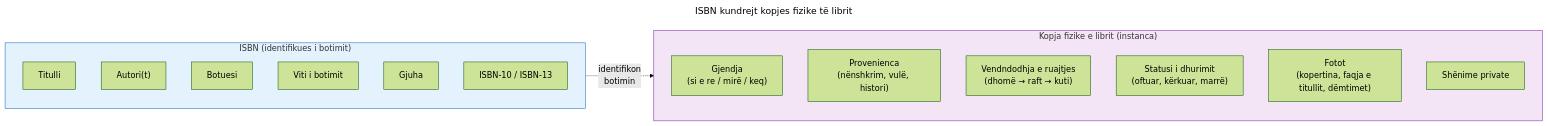
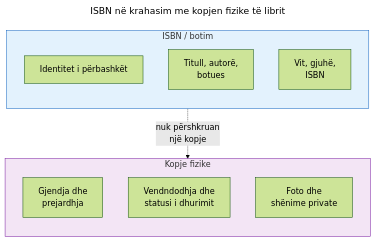
The diagram in docs/diagrams/blog/isbn-not-a-database/sq/isbn-vs-physical-book.mmd (mihafreenode/let-books), drawn with Mermaid (forest theme) before and after one commit. The commit also changed 430 other files, not shown here.

```diff
--- a/docs/diagrams/blog/isbn-not-a-database/sq/isbn-vs-physical-book.mmd
+++ b/docs/diagrams/blog/isbn-not-a-database/sq/isbn-vs-physical-book.mmd
@@ -1,28 +1,22 @@
 ---
-title: ISBN kundrejt kopjes fizike të librit
+title: ISBN në krahasim me kopjen fizike të librit
 ---
-flowchart LR
-    subgraph ISBN["ISBN (identifikues i botimit)"]
+flowchart TB
+    subgraph ISBN["ISBN / botim"]
         direction TB
-        I1["Titulli"]
-        I2["Autori(t)"]
-        I3["Botuesi"]
-        I4["Viti i botimit"]
-        I5["Gjuha"]
-        I6["ISBN-10 / ISBN-13"]
+        I1["Identitet i përbashkët"]
+        I2["Titull, autorë,<br/>botues"]
+        I3["Vit, gjuhë,<br/>ISBN"]
     end
 
-    subgraph Physical["Kopja fizike e librit (instanca)"]
+    subgraph Physical["Kopje fizike"]
         direction TB
-        P1["Gjendja<br/>(si e re / mirë / keq)"]
-        P2["Provenienca<br/>(nënshkrim, vulë, histori)"]
-        P3["Vendndodhja e ruajtjes<br/>(dhomë → raft → kuti)"]
-        P4["Statusi i dhurimit<br/>(oftuar, kërkuar, marrë)"]
-        P5["Fotot<br/>(kopertina, faqja e titullit, dëmtimet)"]
-        P6["Shënime private"]
+        P1["Gjendja dhe<br/>prejardhja"]
+        P2["Vendndodhja dhe<br/>statusi i dhurimit"]
+        P3["Foto dhe<br/>shënime private"]
     end
 
-    ISBN -.->|"identifikon<br/>botimin"| Physical
+    I3 -.->|"nuk përshkruan<br/>një kopje"| P1
 
     style ISBN fill:#e3f2fd,stroke:#1565c0
     style Physical fill:#f3e5f5,stroke:#7b1fa2
```
